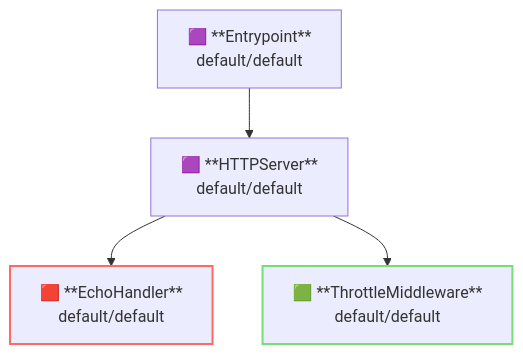
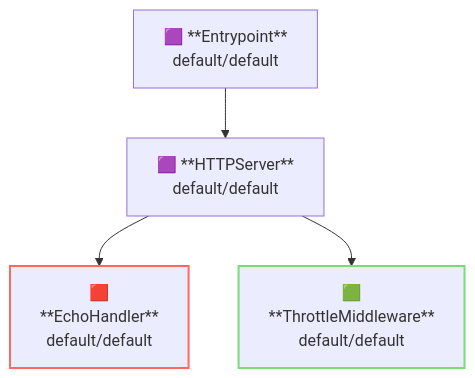
The second of 2 diagrams in examples/throttle/README.md (aileron-gateway/aileron-gateway), drawn with Mermaid before and after one commit. The commit also changed 19 other files, not shown here.

````diff
--- a/examples/throttle/README.md
+++ b/examples/throttle/README.md
@@ -105,15 +105,14 @@
 ```mermaid
 graph TD
   Entrypoint["🟪 **Entrypoint**</br>default/default"]
   HTTPServer["🟪 **HTTPServer**</br>default/default"]
-  ThrottleMiddleware["🟩 **ThrottleMiddleware**</br>default/default"]
-  EchoHandler["🟥 **EchoHandler**</br>default/default"]
+  ThrottleMiddleware["🟩</br>**ThrottleMiddleware**</br>default/default"]
+  EchoHandler["🟥</br>**EchoHandler**</br>default/default"]
 
   Entrypoint --> HTTPServer
   HTTPServer --> EchoHandler
   HTTPServer --> ThrottleMiddleware
-  EchoHandler
 
   style ThrottleMiddleware stroke:#77dd77,stroke-width:2px
   style EchoHandler stroke:#ff6961,stroke-width:2px
 ```
````
